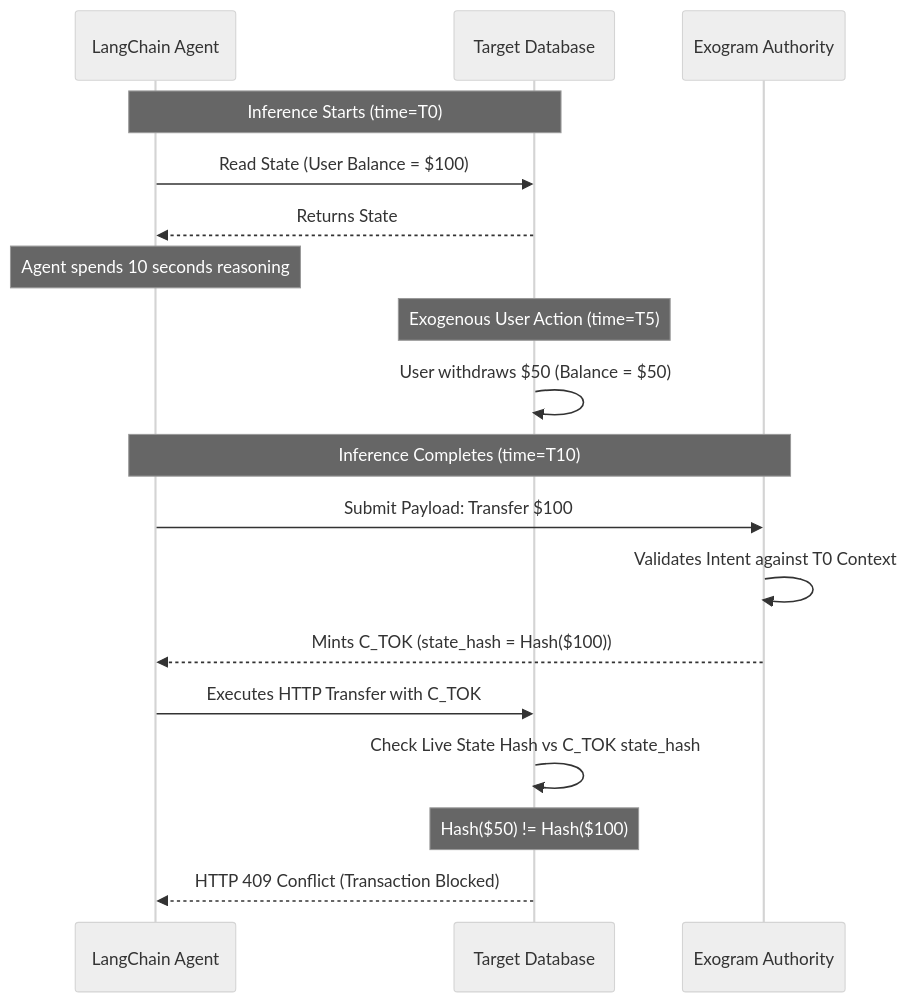
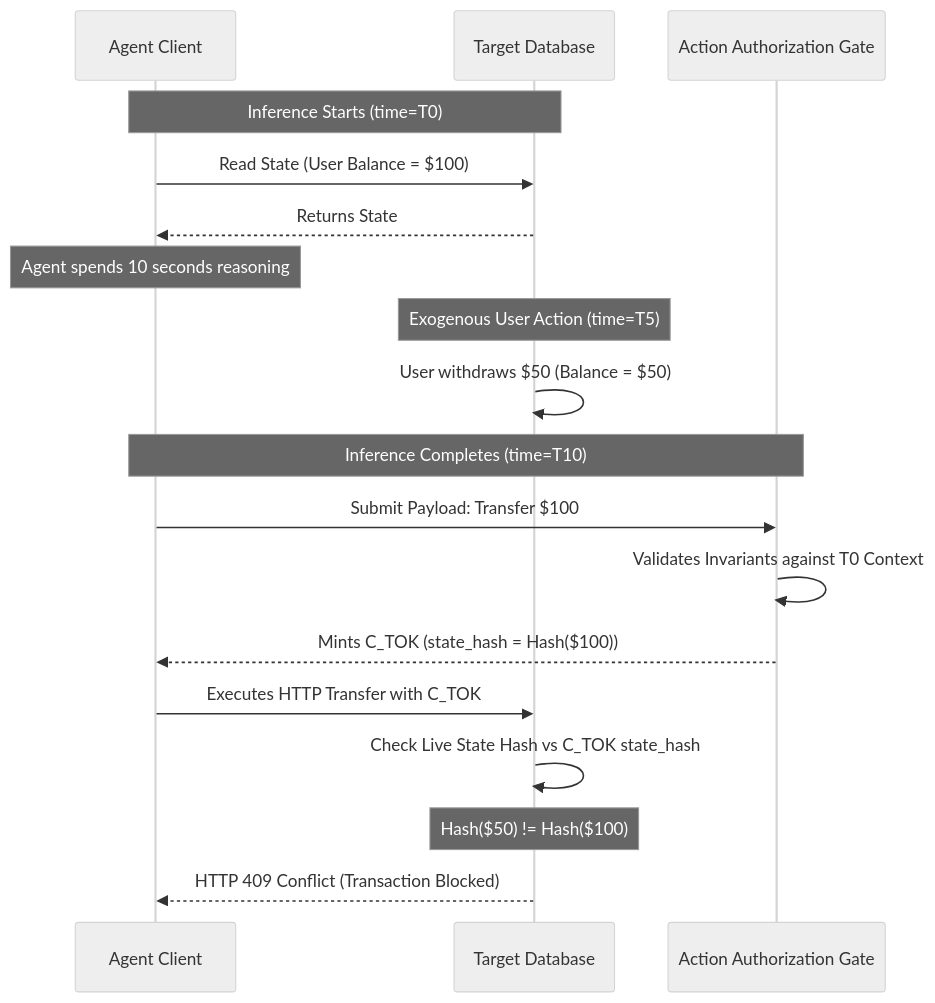
Before and after one commit to Richard-Ewing/exogram-protocol-rfc: the diagram in 0003-cryptographic-execution-tokens.md, drawn with Mermaid (neutral theme). The commit also changed other lines of this file and 2 other files, not shown here.

Commit message:
docs: modernize action authorization gate terminology in RFC 0002, 0003, and RFC-02

````diff
--- a/0003-cryptographic-execution-tokens.md
+++ b/0003-cryptographic-execution-tokens.md
@@ -60,24 +60,24 @@
 ```mermaid
 sequenceDiagram
-    participant Agent as LangChain Agent
+    participant Agent as Agent Client
     participant DB as Target Database
-    participant EA as Exogram Authority
+    participant Gate as Action Authorization Gate
     
     Note over Agent,DB: Inference Starts (time=T0)
     Agent->>DB: Read State (User Balance = $100)
     DB-->>Agent: Returns State
     
     Note over Agent: Agent spends 10 seconds reasoning
     Note over DB: Exogenous User Action (time=T5)
     DB->>DB: User withdraws $50 (Balance = $50)
     
-    Note over Agent,EA: Inference Completes (time=T10)
-    Agent->>EA: Submit Payload: Transfer $100
-    EA->>EA: Validates Intent against T0 Context
-    EA-->>Agent: Mints C_TOK (state_hash = Hash($100))
+    Note over Agent,Gate: Inference Completes (time=T10)
+    Agent->>Gate: Submit Payload: Transfer $100
+    Gate->>Gate: Validates Invariants against T0 Context
+    Gate-->>Agent: Mints C_TOK (state_hash = Hash($100))
     
     Agent->>DB: Executes HTTP Transfer with C_TOK
     DB->>DB: Check Live State Hash vs C_TOK state_hash
     Note over DB: Hash($50) != Hash($100)
     DB-->>Agent: HTTP 409 Conflict (Transaction Blocked)
 ```
````
